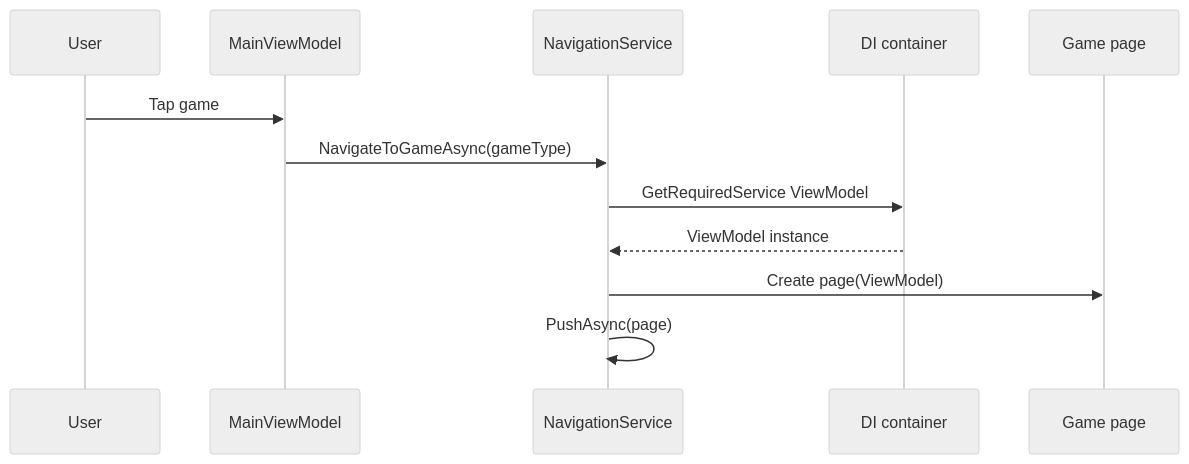
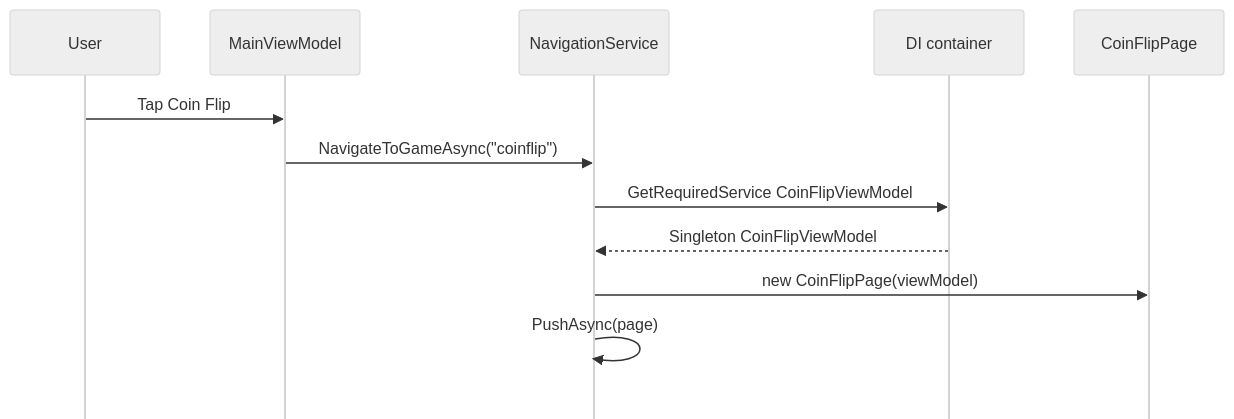
One commit to AditFadhillah/Party-Games-mobile- changed the second of 2 diagrams in README.md. Above: the diagram before and after it, drawn with Mermaid (neutral theme). The commit also changed other lines of this file, not shown here.

````diff
--- a/README.md
+++ b/README.md
@@ -39,14 +43,15 @@
 ```mermaid
+%%{init: {'sequence': {'mirrorActors': false}}}%%
 sequenceDiagram
     participant U as User
     participant M as MainViewModel
     participant N as NavigationService
     participant D as DI container
-    participant P as Game page
-    U->>M: Tap game
-    M->>N: NavigateToGameAsync(gameType)
-    N->>D: GetRequiredService ViewModel
-    D-->>N: ViewModel instance
-    N->>P: Create page(ViewModel)
+    participant P as CoinFlipPage
+    U->>M: Tap Coin Flip
+    M->>N: NavigateToGameAsync("coinflip")
+    N->>D: GetRequiredService CoinFlipViewModel
+    D-->>N: Singleton CoinFlipViewModel
+    N->>P: new CoinFlipPage(viewModel)
     N->>N: PushAsync(page)
 ```
````
